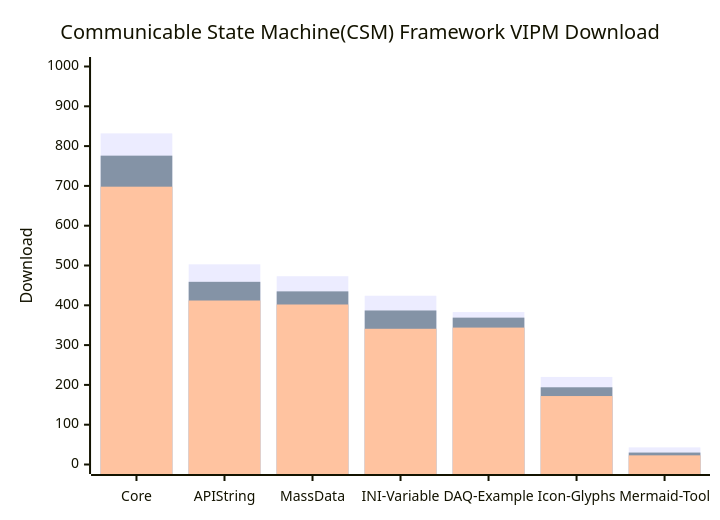
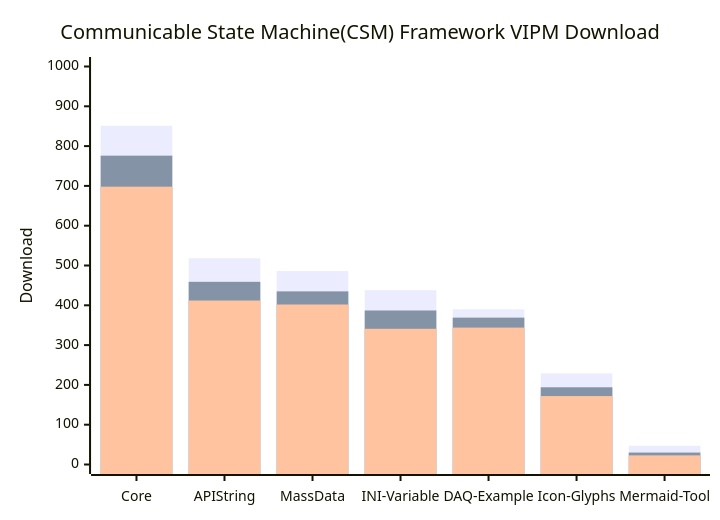
One commit to NEVSTOP-LAB/.github changed the diagram in profile/README.md. Above: the diagram before and after it, drawn with Mermaid.

````diff
--- a/profile/README.md
+++ b/profile/README.md
@@ -27,9 +27,9 @@
 ```mermaid
     xychart-beta
     title "Communicable State Machine(CSM) Framework VIPM Download"
     x-axis [Core, API String, MassData, INI-Variable, DAQ-Example, Icon-Glyphs, Mermaid-Tool]
     y-axis "Download" 0 --> 1000
-    bar   [832 , 503 , 473 , 424 , 383 , 220 ,43 ]
+    bar   [851 , 518 , 486 ,438 , 390 , 229 ,47 ]
     bar   [776, 459, 435, 387, 369, 194, 30]
     bar   [698, 412, 402, 341, 344, 172, 23]
 ```
````
